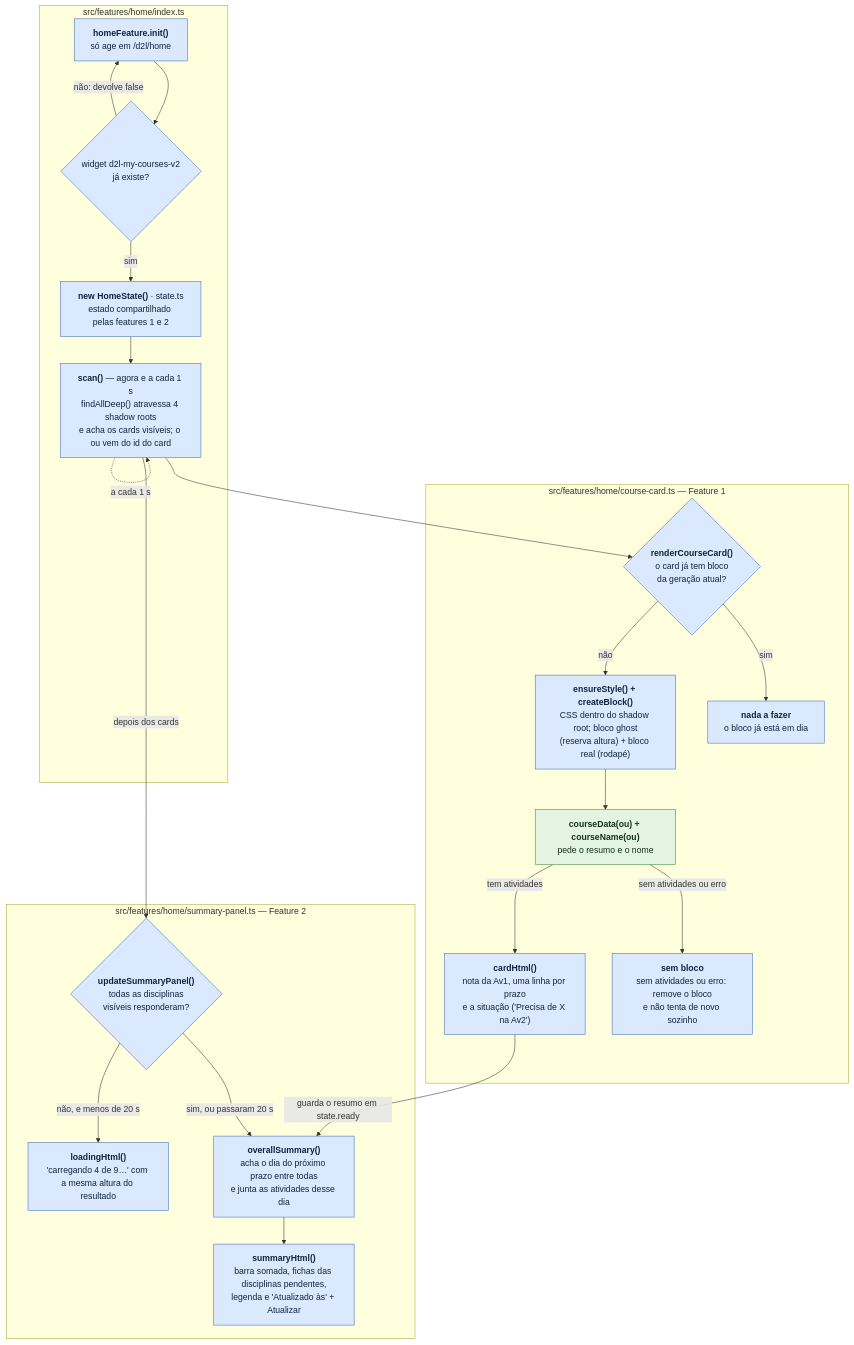
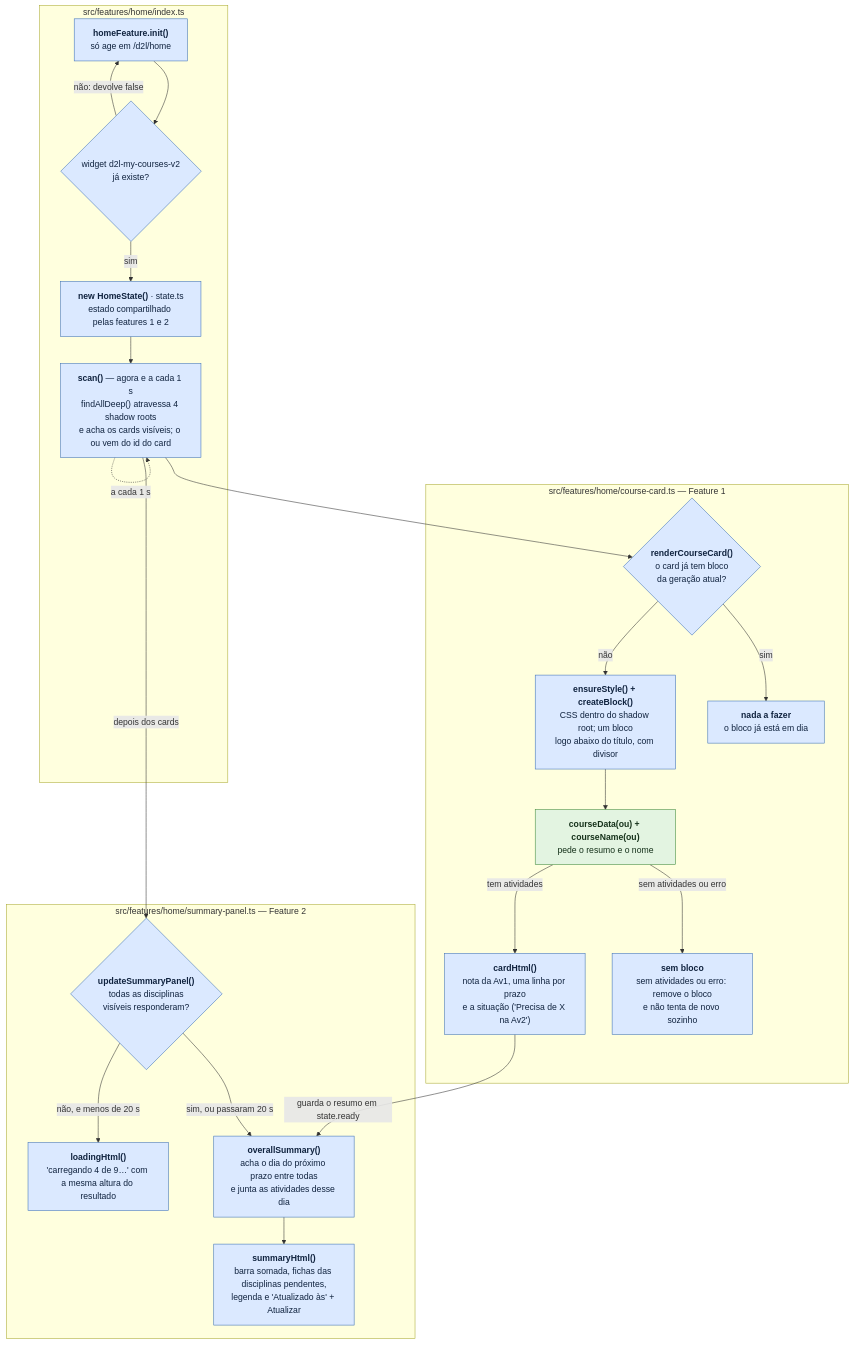
Before and after one commit to dihsantanna/eaa-plus: the fourth of 10 diagrams in ARQUITETURA.md, drawn with Mermaid. The commit also changed other lines of this file and 6 other files, not shown here.

First line of the commit message:
Cards: progresso logo abaixo do título, alinhado por fileira, com divisor

````diff
--- a/ARQUITETURA.md
+++ b/ARQUITETURA.md
@@ -144,43 +144,43 @@
 ```mermaid
 flowchart TD
   subgraph IDX["src/features/home/index.ts"]
     A["<b>homeFeature.init()</b><br/>só age em /d2l/home"]
     B{"widget d2l-my-courses-v2<br/>já existe?"}
     C["<b>new HomeState()</b> · state.ts<br/>estado compartilhado pelas features 1 e 2"]
     D["<b>scan()</b> — agora e a cada 1 s<br/>findAllDeep() atravessa 4 shadow roots<br/>e acha os cards visíveis; o ou vem do id do card"]
   end
 
   subgraph CARD["src/features/home/course-card.ts — Feature 1"]
     E{"<b>renderCourseCard()</b><br/>o card já tem bloco<br/>da geração atual?"}
-    F["<b>ensureStyle() + createBlock()</b><br/>CSS dentro do shadow root; bloco ghost<br/>(reserva altura) + bloco real (rodapé)"]
+    F["<b>ensureStyle() + createBlock()</b><br/>CSS dentro do shadow root; um bloco<br/>logo abaixo do título, com divisor"]
     G["<b>courseData(ou) + courseName(ou)</b><br/>pede o resumo e o nome"]:::data
     H["<b>cardHtml()</b><br/>nota da Av1, uma linha por prazo<br/>e a situação ('Precisa de X na Av2')"]
     I["<b>sem bloco</b><br/>sem atividades ou erro: remove o bloco<br/>e não tenta de novo sozinho"]
     N["<b>nada a fazer</b><br/>o bloco já está em dia"]
   end
 
   subgraph SUM["src/features/home/summary-panel.ts — Feature 2"]
     J{"<b>updateSummaryPanel()</b><br/>todas as disciplinas<br/>visíveis responderam?"}
     K["<b>loadingHtml()</b><br/>'carregando 4 de 9…' com a mesma altura do resultado"]
     L["<b>overallSummary()</b><br/>acha o dia do próximo prazo entre todas<br/>e junta as atividades desse dia"]
     M["<b>summaryHtml()</b><br/>barra somada, fichas das disciplinas pendentes,<br/>legenda e 'Atualizado às' + Atualizar"]
   end
 
   A --> B
   B -- "não: devolve false" --> A
   B -- "sim" --> C --> D
   D --> E
   E -- "sim" --> N
   E -- "não" --> F --> G
   G -- "tem atividades" --> H
   G -- "sem atividades ou erro" --> I
   H -- "guarda o resumo em state.ready" --> L
   D -- "depois dos cards" --> J
   J -- "não, e menos de 20 s" --> K
   J -- "sim, ou passaram 20 s" --> L --> M
   D -. "a cada 1 s" .-> D
 
   classDef data fill:#e3f4e1,stroke:#3f8a3a,color:#15311a
   class A,B,C,D,E,F,H,I,J,K,L,M,N feature
   classDef feature fill:#dbe9ff,stroke:#3b6fb6,color:#10233f
 ```
````
